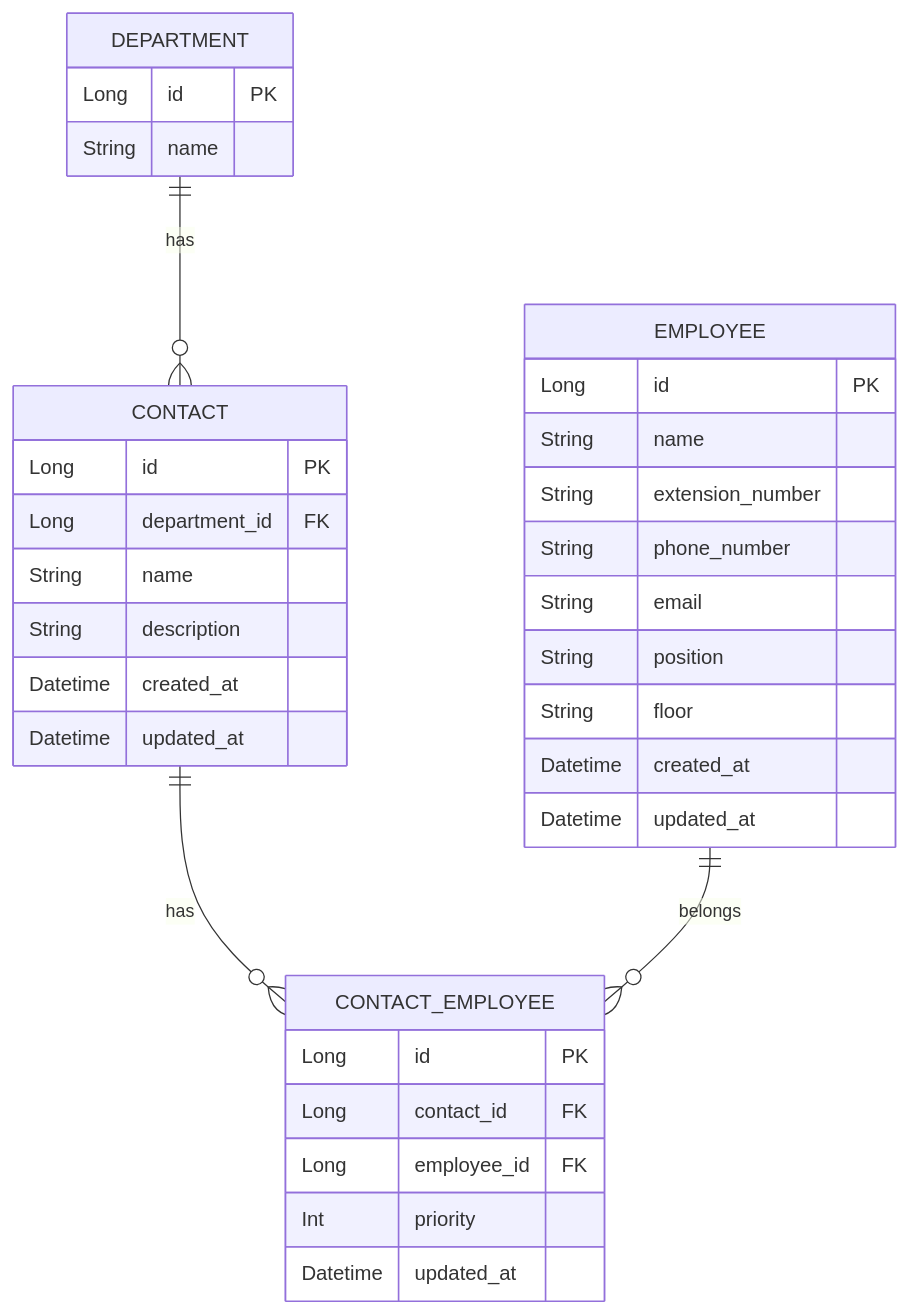
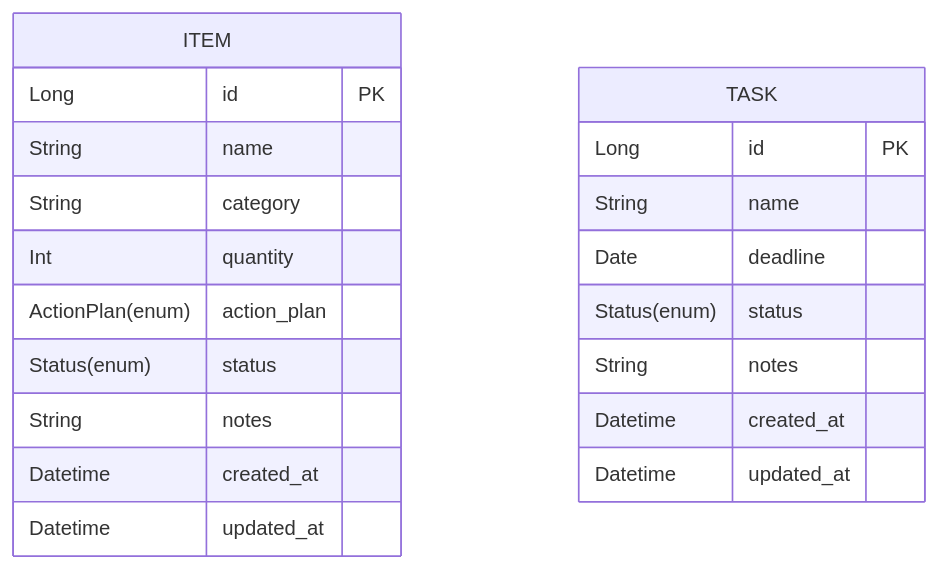
The second of 2 diagrams in 要件定義と基本設計/high-level-design.md (TatsuyaOkamotoTechno/moving_preparations), drawn with Mermaid before and after one commit. The commit also changed other lines of this file and 2 other files, not shown here.

Commit message:
基本設計書(付随する画面レイアウト図のdraw.io)を作成

````diff
--- a/要件定義と基本設計/high-level-design.md
+++ b/要件定義と基本設計/high-level-design.md
@@ -226,41 +188,24 @@
 ```mermaid
 erDiagram
-
-    DEPARTMENT ||--o{ CONTACT : "has"
-    CONTACT ||--o{ CONTACT_EMPLOYEE : "has"
-    EMPLOYEE ||--o{ CONTACT_EMPLOYEE : "belongs"
-
-    DEPARTMENT {
+    ITEM {
         Long id PK
         String name
-    }
-
-    CONTACT {
-        Long id PK
-        Long department_id FK
-        String name
-        String description
+        String category
+        Int quantity
+        ActionPlan(enum) action_plan
+        Status(enum) status
+        String notes
         Datetime created_at
         Datetime updated_at
     }
 
-    EMPLOYEE {
+    TASK {
         Long id PK
         String name
-        String extension_number
-        String phone_number
-        String email
-        String position
-        String floor
+        Date deadline
+        Status(enum) status
+        String notes
         Datetime created_at
         Datetime updated_at
     }
-
-    CONTACT_EMPLOYEE {
-        Long id PK
-        Long contact_id FK
-        Long employee_id FK
-        Int priority
-        Datetime updated_at
-    }
 ```
````
